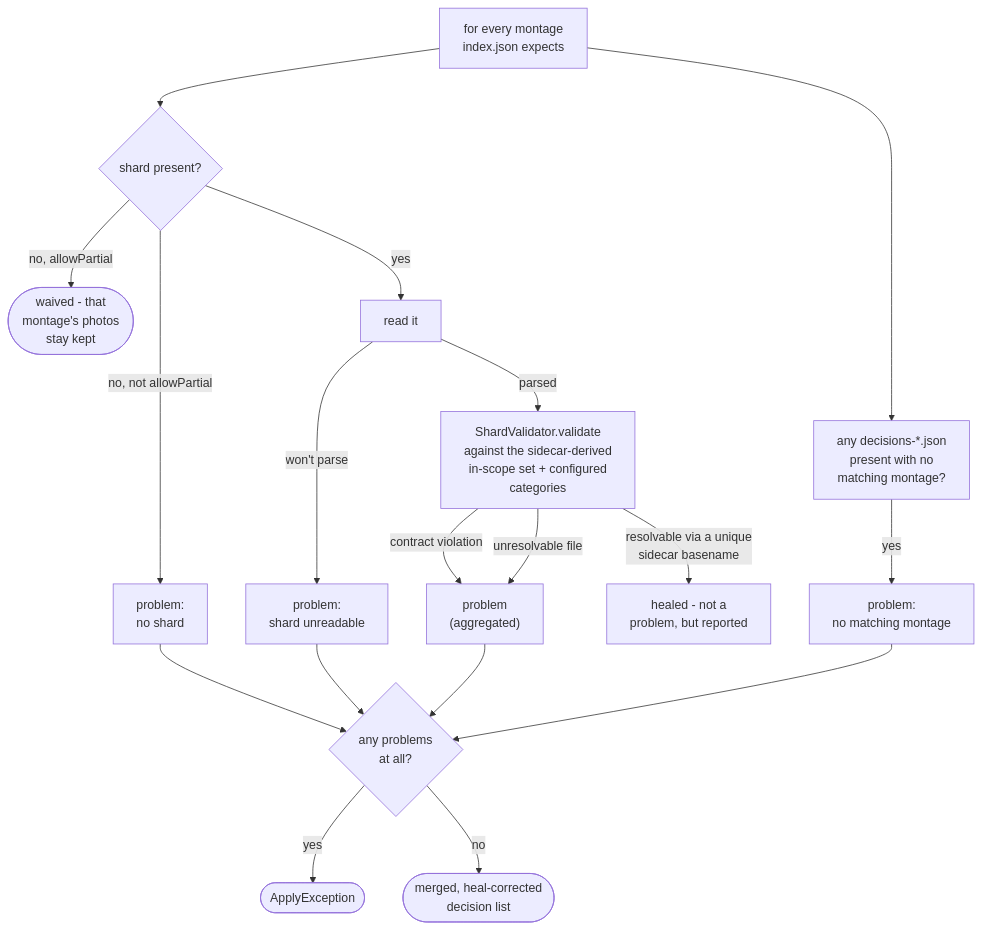
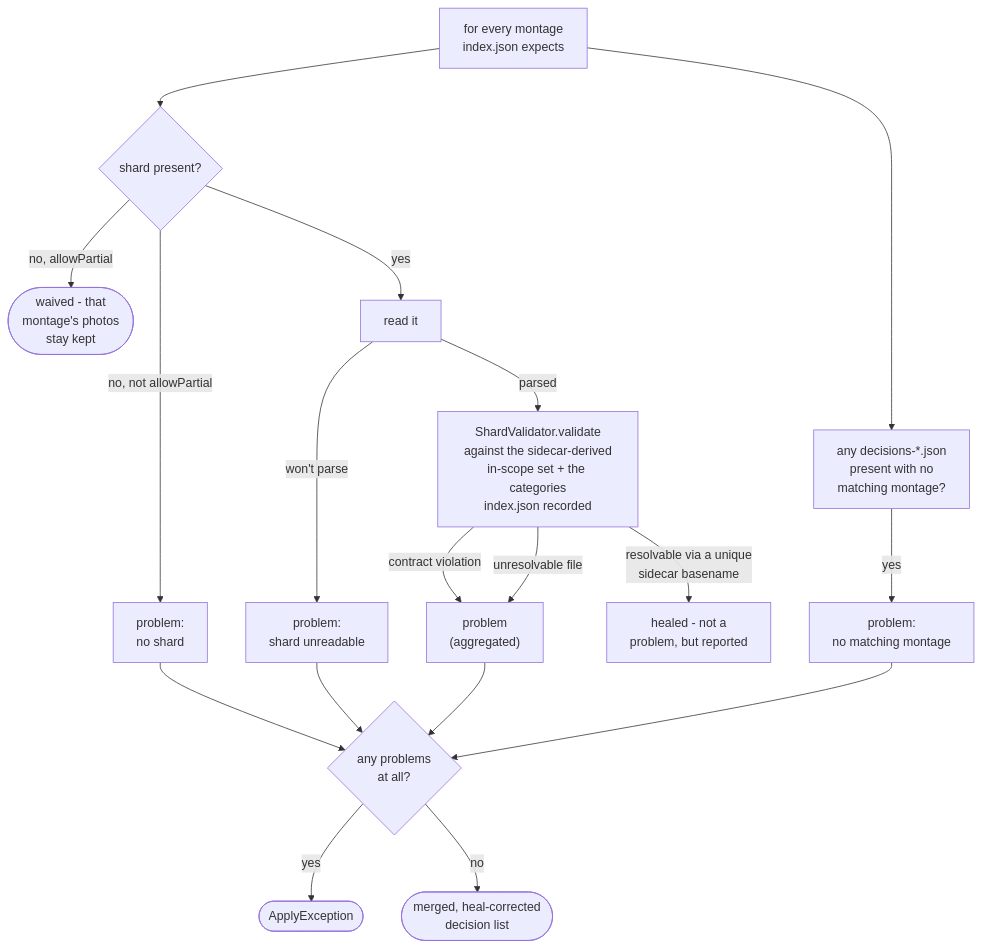
The first of 2 diagrams in app/docs/design/application/service/apply-planner.md (AdrianNachev91/sluice), drawn with Mermaid before and after one commit. The commit also changed other lines of this file and 27 other files, not shown here.

````diff
--- a/app/docs/design/application/service/apply-planner.md
+++ b/app/docs/design/application/service/apply-planner.md
@@ -21,20 +21,20 @@
 ```mermaid
 flowchart TD
     A["for every montage<br/>index.json expects"] --> B{"shard present?"}
     B -- no, allowPartial --> C(["waived - that<br/>montage's photos<br/>stay kept"])
     B -- no, not allowPartial --> D["problem:<br/>no shard"]
     B -- yes --> E["read it"]
     E -- won't parse --> N["problem:<br/>shard unreadable"]
     A --> F["any decisions-*.json<br/>present with no<br/>matching montage?"]
     F -- yes --> G["problem:<br/>no matching montage"]
-    E -- parsed --> H["ShardValidator.validate<br/>against the sidecar-derived<br/>in-scope set + configured<br/>categories"]
+    E -- parsed --> H["ShardValidator.validate<br/>against the sidecar-derived<br/>in-scope set + the categories<br/>index.json recorded"]
     H -- contract violation --> I["problem<br/>(aggregated)"]
     H -- unresolvable file --> I
     H -- resolvable via a unique<br/>sidecar basename --> J["healed - not a<br/>problem, but reported"]
     D --> K{"any problems<br/>at all?"}
     G --> K
     I --> K
     N --> K
     K -- yes --> L(["ApplyException"])
     K -- no --> M(["merged, heal-corrected<br/>decision list"])
 ```
````
